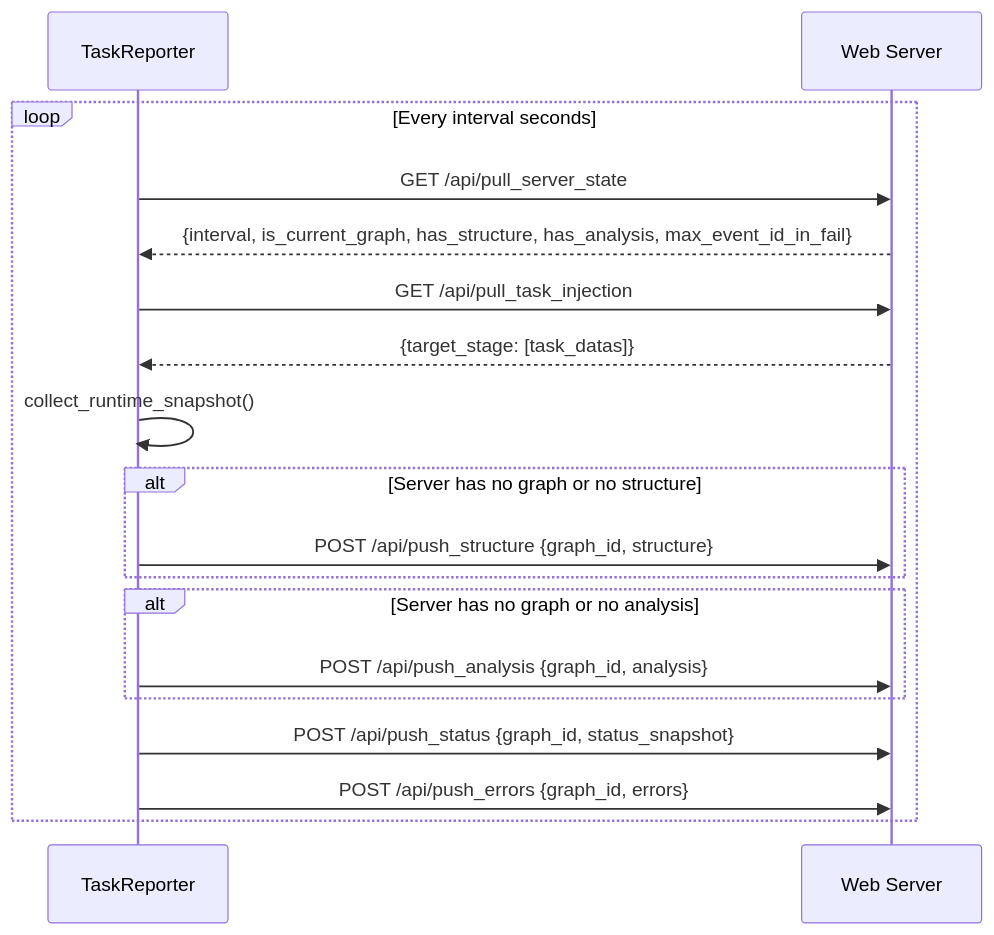
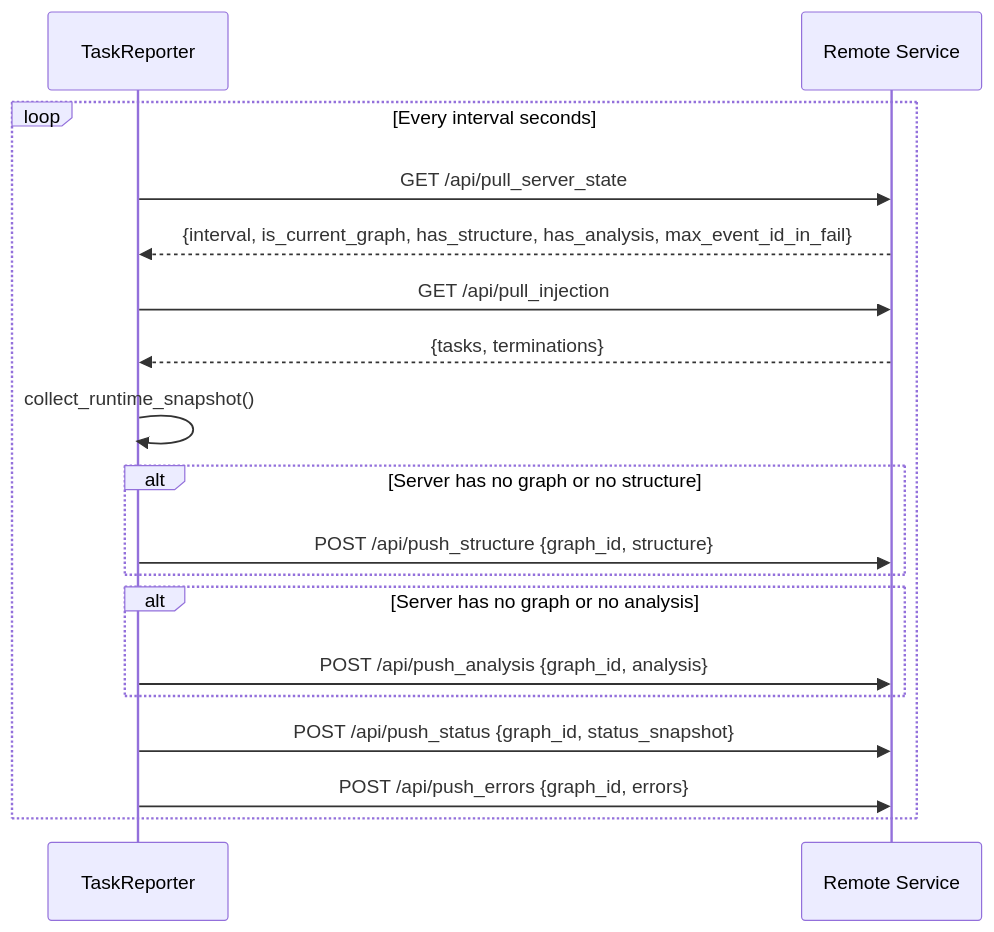
The diagram in docs/en/src/observability/core_report.md (Mr-xiaotian/CelestialFlow), drawn with Mermaid before and after one commit. The commit also changed other lines of this file and 233 other files, not shown here.

````diff
--- a/docs/en/src/observability/core_report.md
+++ b/docs/en/src/observability/core_report.md
@@ -57,25 +55,25 @@
 ```mermaid
 sequenceDiagram
     participant R as TaskReporter
-    participant S as Web Server
+    participant S as Remote Service
 
     loop Every interval seconds
         R->>S: GET /api/pull_server_state
         S-->>R: {interval, is_current_graph, has_structure, has_analysis, max_event_id_in_fail}
 
-        R->>S: GET /api/pull_task_injection
-        S-->>R: {target_stage: [task_datas]}
+        R->>S: GET /api/pull_injection
+        S-->>R: {tasks, terminations}
 
         R->>R: collect_runtime_snapshot()
 
         alt Server has no graph or no structure
             R->>S: POST /api/push_structure {graph_id, structure}
         end
         alt Server has no graph or no analysis
             R->>S: POST /api/push_analysis {graph_id, analysis}
         end
 
         R->>S: POST /api/push_status {graph_id, status_snapshot}
         R->>S: POST /api/push_errors {graph_id, errors}
     end
 ```
````
